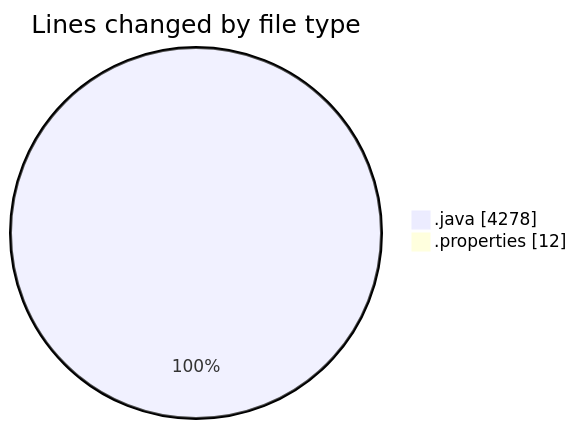
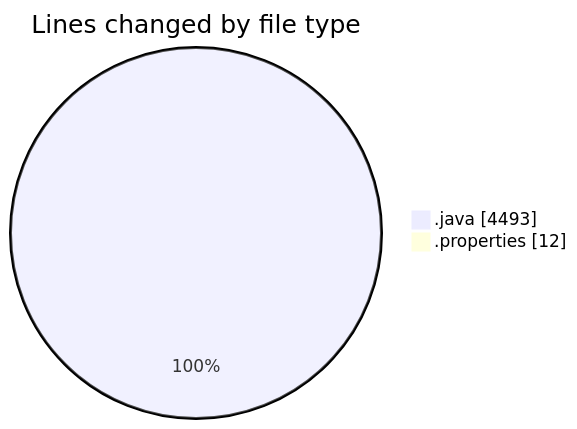
The first of 2 diagrams in 2025-03-18/jmasm/README.md (charlie-sans/code-tracking), drawn with Mermaid before and after one commit. The commit also changed other lines of this file and 1 other file, not shown here.

````diff
--- a/2025-03-18/jmasm/README.md
+++ b/2025-03-18/jmasm/README.md
@@ -26,6 +27,6 @@
 ```mermaid
 pie showData
 title Lines changed by file type
-".java" : 4278
+".java" : 4493
 ".properties" : 12
 ```
````
